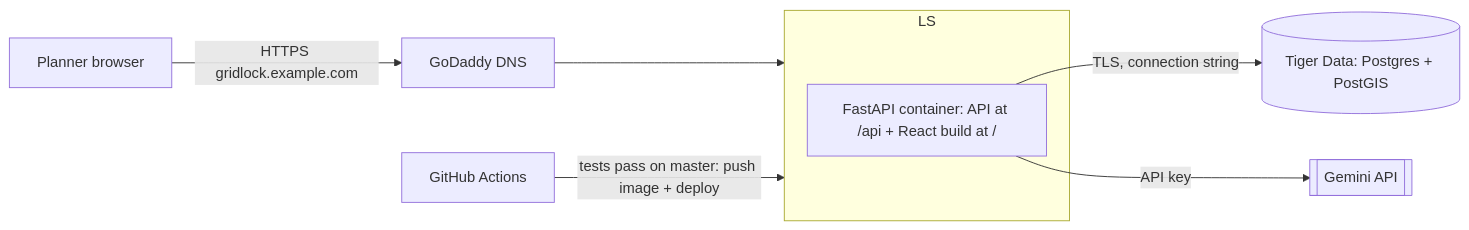
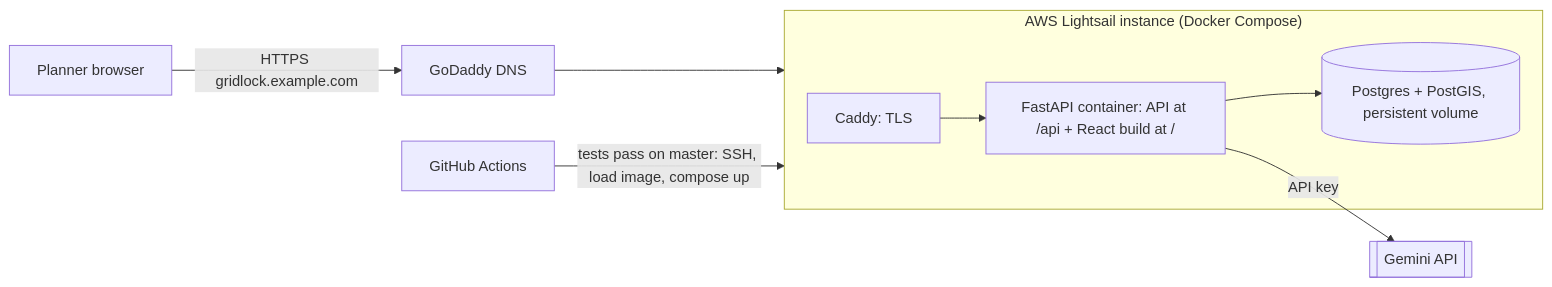
The third of 3 diagrams in .kiro/specs/gridlock/design.md (noddle-Cake/gridlock), drawn with Mermaid before and after one commit. The commit also changed other lines of this file and 6 other files, not shown here.

First line of the commit message:
Deploy to a single Lightsail instance with self-hosted Postgres

````diff
--- a/.kiro/specs/gridlock/design.md
+++ b/.kiro/specs/gridlock/design.md
@@ -601,11 +601,11 @@
 ```mermaid
 flowchart LR
     U[Planner browser] -->|HTTPS gridlock.example.com| GD[GoDaddy DNS]
-    GD --> LS[AWS Lightsail container service]
-    subgraph LS
-        BE["FastAPI container: API at /api + React build at /"]
+    GD --> LS[AWS Lightsail instance]
+    subgraph LS["AWS Lightsail instance (Docker Compose)"]
+        CAD[Caddy: TLS] --> BE["FastAPI container: API at /api + React build at /"]
+        BE --> TD[(Postgres + PostGIS, persistent volume)]
     end
-    GH[GitHub Actions] -->|tests pass on master: push image + deploy| LS
-    BE -->|TLS, connection string| TD[(Tiger Data: Postgres + PostGIS)]
+    GH[GitHub Actions] -->|tests pass on master: SSH, load image, compose up| LS
     BE -->|API key| GEM[[Gemini API]]
 ```
````
